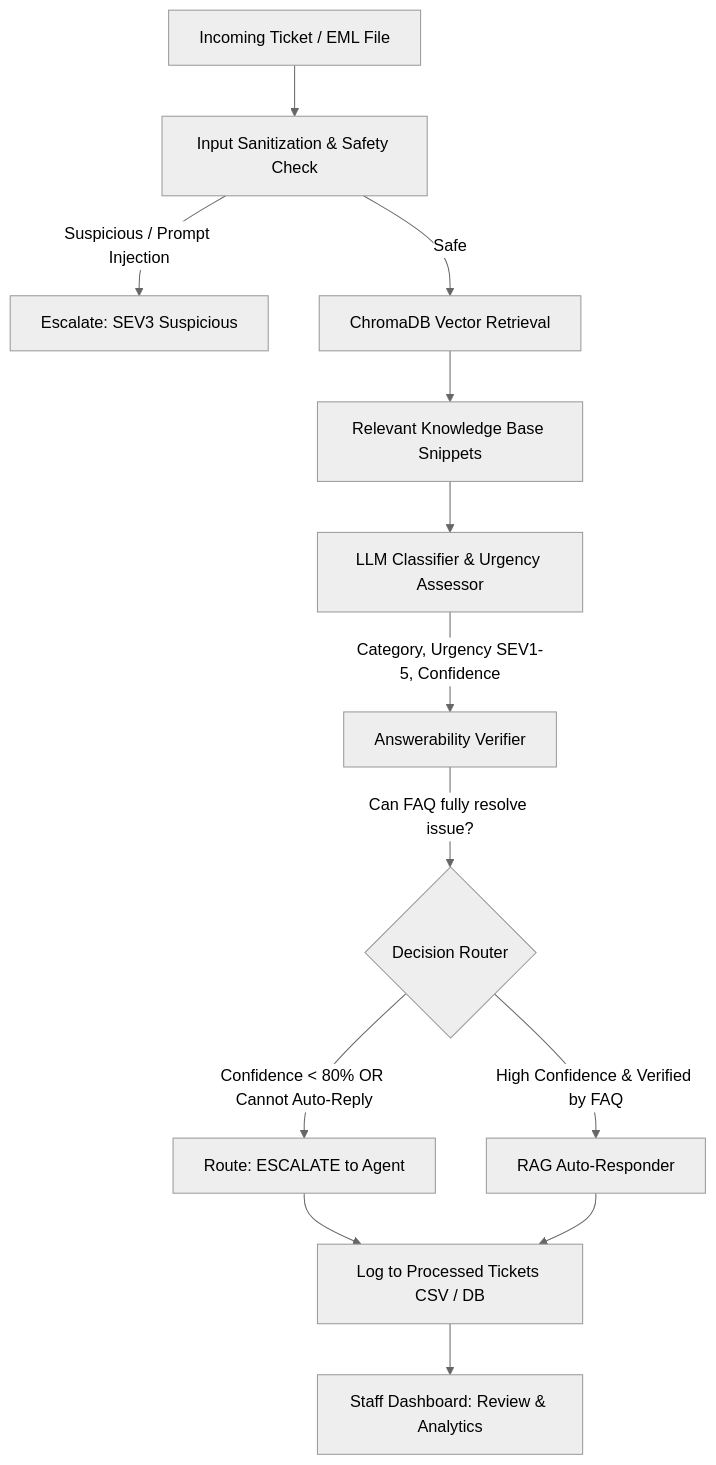
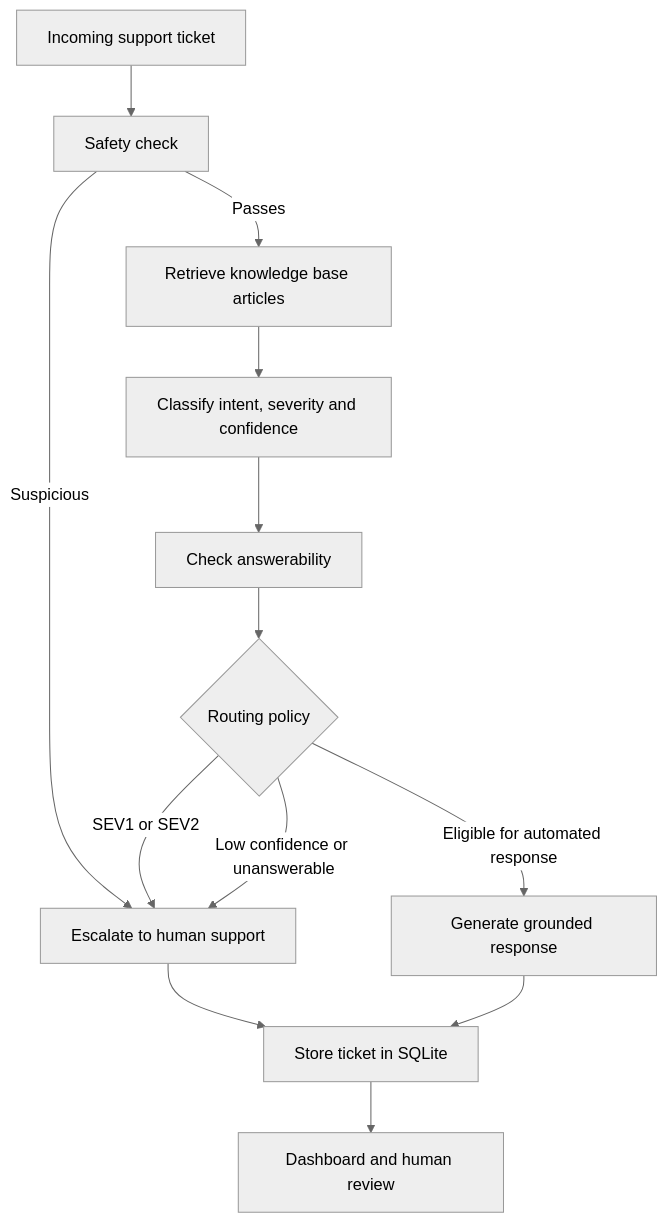
One commit to angelfila2/support-triage changed the diagram in README.md. Above: the diagram before and after it, drawn with Mermaid (neutral theme). The commit also changed other lines of this file, not shown here.

````diff
--- a/README.md
+++ b/README.md
@@ -21,21 +21,15 @@
 ```mermaid
 flowchart TD
-    A[Incoming Ticket / EML File] --> B[Input Sanitization & Safety Check]
-    B -- Suspicious / Prompt Injection --> ESC1[Escalate: SEV3 Suspicious]
-    B -- Safe --> C[ChromaDB Vector Retrieval]
-    
-    C --> D[Relevant Knowledge Base Snippets]
-    D --> E[LLM Classifier & Urgency Assessor]
-    
-    E -->|Category, Urgency SEV1-5, Confidence| F[Answerability Verifier]
-    
-    F -->|Can FAQ fully resolve issue?| G{Decision Router}
-    
-    G -- Confidence < 80% OR Cannot Auto-Reply --> H[Route: ESCALATE to Agent]
-    G -- High Confidence & Verified by FAQ --> I[RAG Auto-Responder]
-    
-    H --> J[Log to Processed Tickets CSV / DB]
-    I --> J
-    
-    J --> K[Staff Dashboard: Review & Analytics]
+    A[Incoming support ticket] --> B[Safety check]
+    B -->|Suspicious| H[Escalate to human support]
+    B -->|Passes| C[Retrieve knowledge base articles]
+    C --> D[Classify intent, severity and confidence]
+    D --> E[Check answerability]
+    E --> F{Routing policy}
+    F -->|SEV1 or SEV2| H
+    F -->|Low confidence or unanswerable| H
+    F -->|Eligible for automated response| G[Generate grounded response]
+    H --> I[Store ticket in SQLite]
+    G --> I
+    I --> J[Dashboard and human review]
 ```
````
